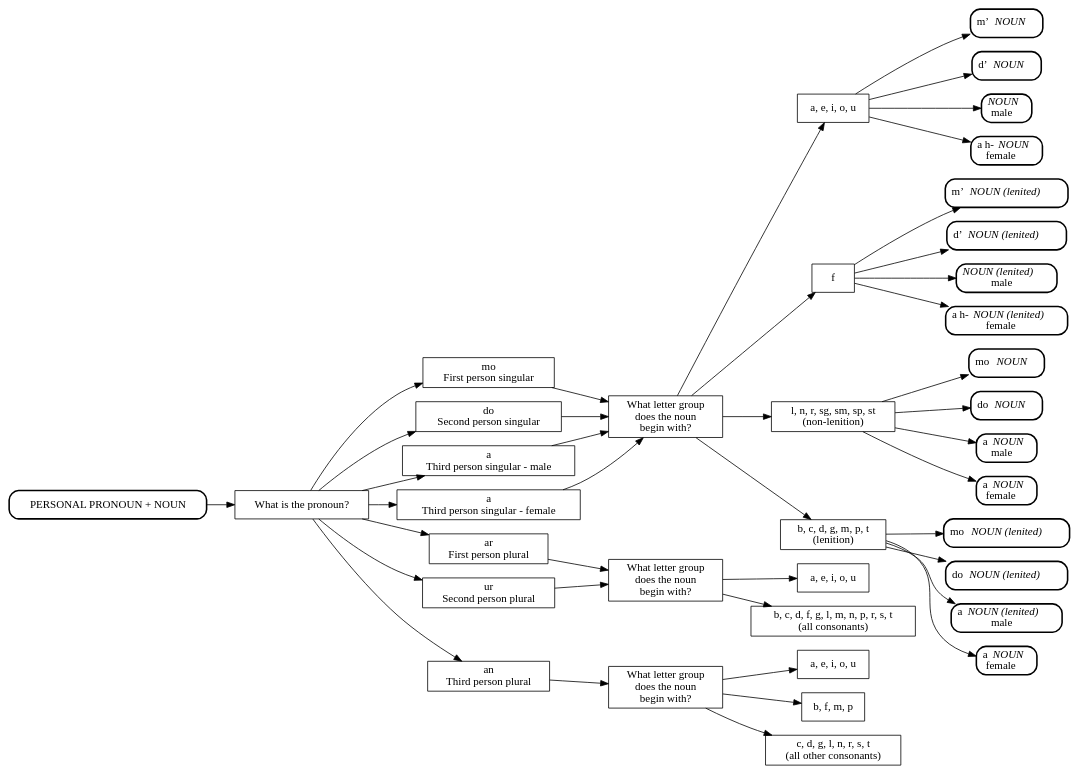
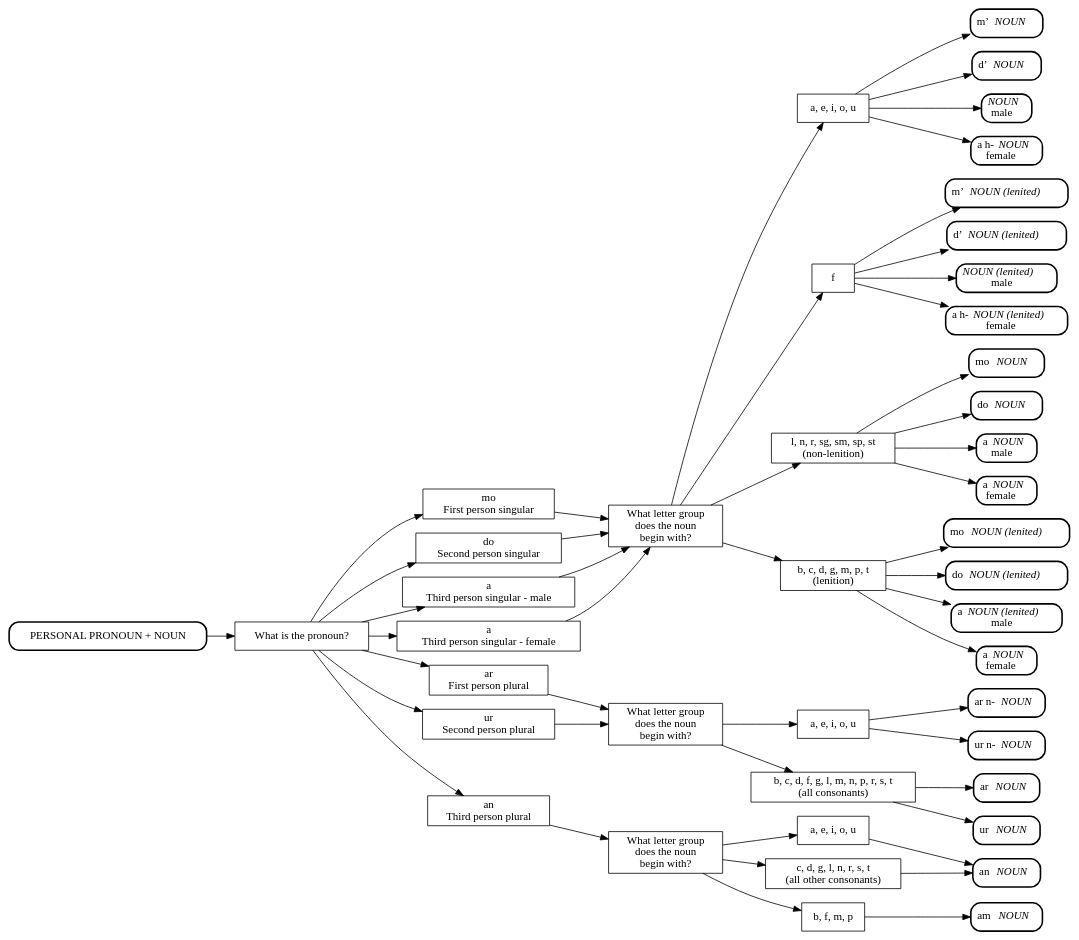
One commit to ComputationalGaelic/GaelicDiagrams changed the diagram in gaelic_diagrams/nouns/possessive_article.dot. Above: the diagram before and after it, drawn with Graphviz.

Commit message:
possessive articles

```diff
--- a/gaelic_diagrams/nouns/possessive_article.dot
+++ b/gaelic_diagrams/nouns/possessive_article.dot
@@ -1,105 +1,122 @@
 digraph possessive_article {
 	rankdir=LR;
 	node [shape = box];
 	/* nodes */
-	START						[label="PERSONAL PRONOUN + NOUN", style="rounded, bold"];
-	what_pronoun				[label="What is the pronoun?"];
-	first_person_singular		[label="mo\nFirst person singular"];
-	second_person_singular		[label="do\nSecond person singular"];
-	third_person_singular_m		[label="a\nThird person singular - male"];
-	third_person_singular_f		[label="a\nThird person singular - female"];
-	first_person_plural			[label="ar\nFirst person plural"];
-	second_person_plural		[label="ur\nSecond person plural"];
-	third_person_plural			[label="an\nThird person plural"];
-	first_letter_singular		[label="What letter group\ndoes the noun\nbegin with?"];
-	first_letter_plural			[label="What letter group\ndoes the noun\nbegin with?"];
-	first_letter_plural_third	[label="What letter group\ndoes the noun\nbegin with?"];
-	vowel_group_singular		[label="a, e, i, o, u"];
-	f_group		    			[label="f"];
-	non_lenition_group			[label="l, n, r, sg, sm, sp, st\n(non-lenition)"];
-	lenition_group				[label="b, c, d, g, m, p, t\n(lenition)"];
-	vowel_group_plural			[label="a, e, i, o, u"];
-	all_consonants				[label="b, c, d, f, g, l, m, n, p, r, s, t\n(all consonants)"];
-	vowel_group_plural_third	[label="a, e, i, o, u"];
-	bfmp_group					[label="b, f, m, p"];
-	all_other_consonants		[label="c, d, g, l, n, r, s, t\n(all other consonants)"];
+	START							[label="PERSONAL PRONOUN + NOUN", style="rounded, bold"];
+	what_pronoun					[label="What is the pronoun?"];
+	first_person_singular			[label="mo\nFirst person singular"];
+	second_person_singular			[label="do\nSecond person singular"];
+	third_person_singular_m			[label="a\nThird person singular - male"];
+	third_person_singular_f			[label="a\nThird person singular - female"];
+	first_person_plural				[label="ar\nFirst person plural"];
+	second_person_plural			[label="ur\nSecond person plural"];
+	third_person_plural				[label="an\nThird person plural"];
+	first_letter_singular			[label="What letter group\ndoes the noun\nbegin with?"];
+	first_letter_plural				[label="What letter group\ndoes the noun\nbegin with?"];
+	first_letter_plural_third		[label="What letter group\ndoes the noun\nbegin with?"];
+	vowel_group_singular			[label="a, e, i, o, u"];
+	f_group		    				[label="f"];
+	non_lenition_group				[label="l, n, r, sg, sm, sp, st\n(non-lenition)"];
+	lenition_group					[label="b, c, d, g, m, p, t\n(lenition)"];
+	vowel_group_plural				[label="a, e, i, o, u"];
+	all_consonants					[label="b, c, d, f, g, l, m, n, p, r, s, t\n(all consonants)"];
+	vowel_group_plural_third		[label="a, e, i, o, u"];
+	bfmp_group						[label="b, f, m, p"];
+	all_other_consonants			[label="c, d, g, l, n, r, s, t\n(all other consonants)"];
 	first_person_singular_vowel		[label=<m’ <i>NOUN</i> >, style="rounded, bold"];
 	first_person_singular_f			[label=<m’ <i>NOUN (lenited)</i> >, style="rounded, bold"];
 	first_person_singular_nonlen	[label=<mo <i>NOUN</i> >, style="rounded, bold"];
 	first_person_singular_len		[label=<mo <i>NOUN (lenited)</i> >, style="rounded, bold"];
 	second_person_singular_vowel	[label=<d’ <i>NOUN</i> >, style="rounded, bold"];
 	second_person_singular_f		[label=<d’ <i>NOUN (lenited)</i> >, style="rounded, bold"];
 	second_person_singular_nonlen	[label=<do <i>NOUN</i> >, style="rounded, bold"];
 	second_person_singular_len		[label=<do <i>NOUN (lenited)</i> >, style="rounded, bold"];
 	third_person_singular_vowel_m	[label=<<i>NOUN</i><br/>male >, style="rounded, bold"];
 	third_person_singular_f_m		[label=<<i>NOUN (lenited)</i><br/>male >, style="rounded, bold"];
 	third_person_singular_nonlen_m	[label=<a <i>NOUN</i><br/>male >, style="rounded, bold"];
 	third_person_singular_len_m		[label=<a <i>NOUN (lenited)</i><br/>male >, style="rounded, bold"];
 	third_person_singular_vowel_f	[label=<a h-<i>NOUN</i><br/>female >, style="rounded, bold"];
 	third_person_singular_f_f		[label=<a h-<i>NOUN (lenited)</i><br/>female >, style="rounded, bold"];
 	third_person_singular_nonlen_f	[label=<a <i>NOUN</i><br/>female >, style="rounded, bold"];
 	third_person_singular_len_f		[label=<a <i>NOUN</i><br/>female >, style="rounded, bold"];
+	first_person_plural_vowel		[label=<ar n-<i>NOUN</i>>, style="rounded, bold"];
+	first_person_plural_consonant	[label=<ar <i>NOUN</i>>, style="rounded, bold"];
+	second_person_plural_vowel		[label=<ur n-<i>NOUN</i>>, style="rounded, bold"];
+	second_person_plural_consonant	[label=<ur <i>NOUN</i>>, style="rounded, bold"];
+	third_person_plural_an			[label=<an <i>NOUN</i>>, style="rounded, bold"];
+	third_person_plural_am			[label=<am <i>NOUN</i>>, style="rounded, bold"];
 	/* graph */
 	START -> what_pronoun;
 	what_pronoun -> {
 		first_person_singular, 
 		second_person_singular,
 		third_person_singular_m,
 		third_person_singular_f
 	} -> first_letter_singular;
 	first_letter_singular -> {
 		vowel_group_singular,
 		f_group,
 		non_lenition_group,
 		lenition_group
 	}
 	vowel_group_singular -> {
 		first_person_singular_vowel,
 		second_person_singular_vowel,
 		third_person_singular_vowel_m,
 		third_person_singular_vowel_f
 	}
 	f_group -> {
 		first_person_singular_f,
 		second_person_singular_f,
 		third_person_singular_f_m,
 		third_person_singular_f_f
 	}
 	non_lenition_group -> {
 		first_person_singular_nonlen,
 		second_person_singular_nonlen,
 		third_person_singular_nonlen_m,
 		third_person_singular_nonlen_f
 	}
 	lenition_group -> {
 		first_person_singular_len,
 		second_person_singular_len,
 		third_person_singular_len_m,
 		third_person_singular_len_f
 	}
 	what_pronoun -> {
 		first_person_plural,
 		second_person_plural
 	} -> first_letter_plural;
 	first_letter_plural -> {
 		vowel_group_plural,
 		all_consonants
 	}
+	vowel_group_plural -> {
+		first_person_plural_vowel,
+		second_person_plural_vowel
+	}
+	all_consonants -> {
+		first_person_plural_consonant,
+		second_person_plural_consonant
+	}
 	what_pronoun -> third_person_plural;
 	third_person_plural -> first_letter_plural_third
 	first_letter_plural_third -> {
 		vowel_group_plural_third,
 		bfmp_group,
 		all_other_consonants
 	}
+	vowel_group_plural_third -> third_person_plural_an;
+	all_other_consonants -> third_person_plural_an;
+	bfmp_group -> third_person_plural_am;
 	/* layout */
 	{rank=same; 
 		first_person_singular, 
 		second_person_singular,
 		third_person_singular_m,
 		third_person_singular_f,
 		first_person_plural,
 		second_person_plural,
 		third_person_plural
 	}
 }
```
